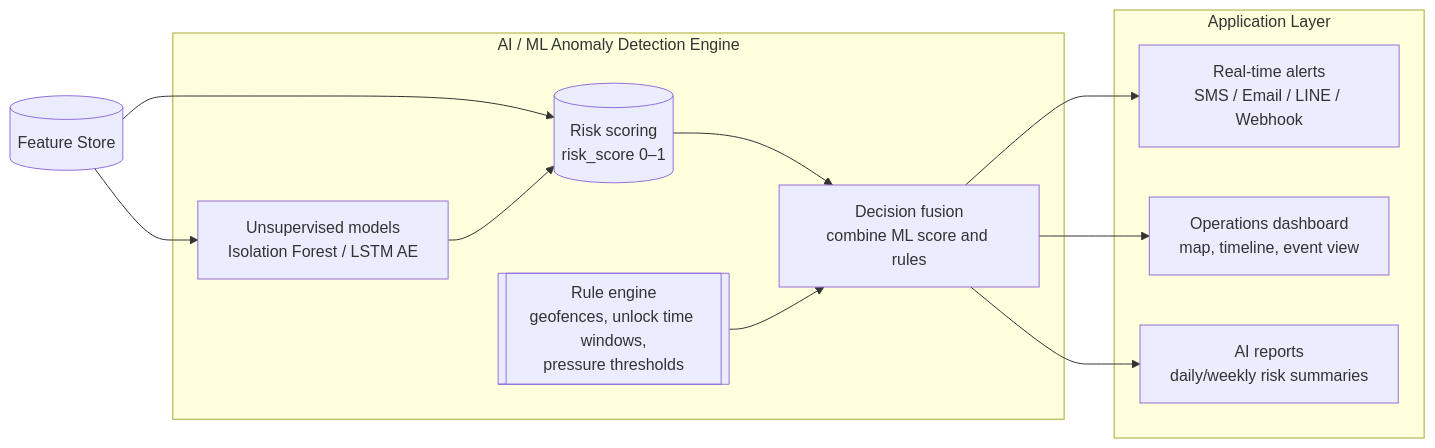
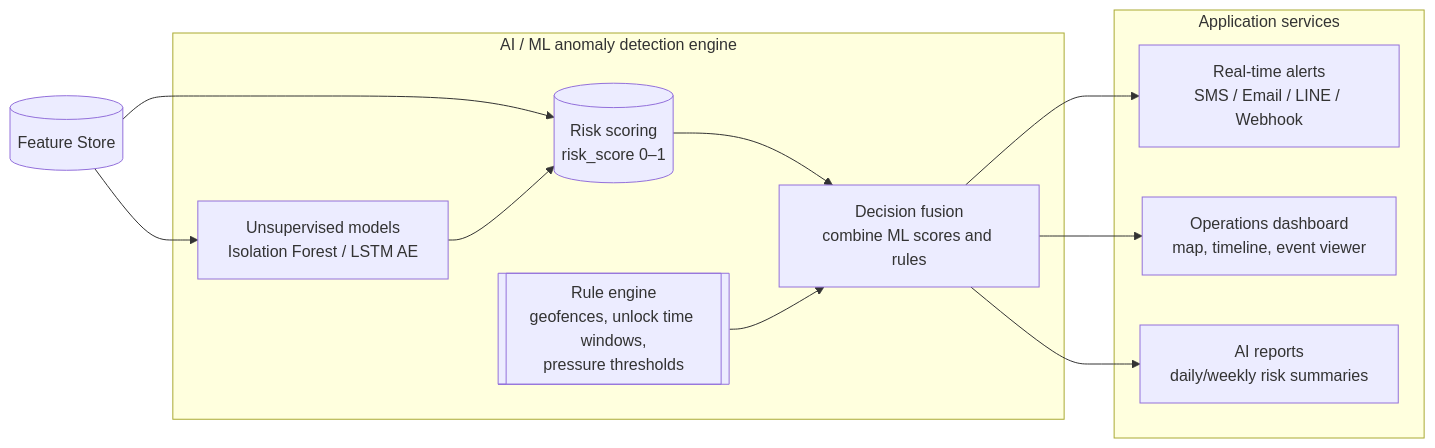
The eighth of 10 diagrams in proposal/AI-Application-Enhancement-Program-Proposal-Submission.md (jshuo/ai-moea-proposal), drawn with Mermaid before and after one commit. The commit also changed other lines of this file and 3 other files, not shown here.

````diff
--- a/proposal/AI-Application-Enhancement-Program-Proposal-Submission.md
+++ b/proposal/AI-Application-Enhancement-Program-Proposal-Submission.md
@@ -715,29 +720,29 @@
-```mermaid
-flowchart LR
-  %% Fig. 2: AI / ML → Application services (consume Feature Store)
-  FEAT_HUB[(Feature Store)]
+  ```mermaid
+  flowchart LR
+    %% Diagram 2: AI/ML → Application services (consume Feature Store)
+    FEAT_HUB[(Feature Store)]
 
-  subgraph AI["AI / ML Anomaly Detection Engine"]
-    ISOF[Unsupervised models<br/>Isolation Forest / LSTM AE]
-    RISK[(Risk scoring<br/>risk_score 0–1)]
-    RULES[[Rule engine<br/>geofences, unlock time windows,<br/>pressure thresholds]]
-    FUSE[Decision fusion<br/>combine ML score and rules]
-  end
+    subgraph AI["AI / ML anomaly detection engine"]
+      ISOF[Unsupervised models<br/>Isolation Forest / LSTM AE]
+      RISK[(Risk scoring<br/>risk_score 0–1)]
+      RULES[[Rule engine<br/>geofences, unlock time windows,<br/>pressure thresholds]]
+      FUSE[Decision fusion<br/>combine ML scores and rules]
+    end
 
-  subgraph Apps["Application Layer"]
-    ALERT[Real-time alerts<br/>SMS / Email / LINE / Webhook]
-    DASH[Operations dashboard<br/>map, timeline, event view]
-    REPORT[AI reports<br/>daily/weekly risk summaries]
-  end
+    subgraph Apps["Application services"]
+      ALERT[Real-time alerts<br/>SMS / Email / LINE / Webhook]
+      DASH[Operations dashboard<br/>map, timeline, event viewer]
+      REPORT[AI reports<br/>daily/weekly risk summaries]
+    end
 
-  FEAT_HUB --> ISOF
-  FEAT_HUB --> RISK
+    FEAT_HUB --> ISOF
+    FEAT_HUB --> RISK
 
-  ISOF --> RISK
-  RISK --> FUSE
-  RULES --> FUSE
+    ISOF --> RISK
+    RISK --> FUSE
+    RULES --> FUSE
 
-  FUSE --> ALERT
-  FUSE --> DASH
-  FUSE --> REPORT
-```
+    FUSE --> ALERT
+    FUSE --> DASH
+    FUSE --> REPORT
+  ```
````
